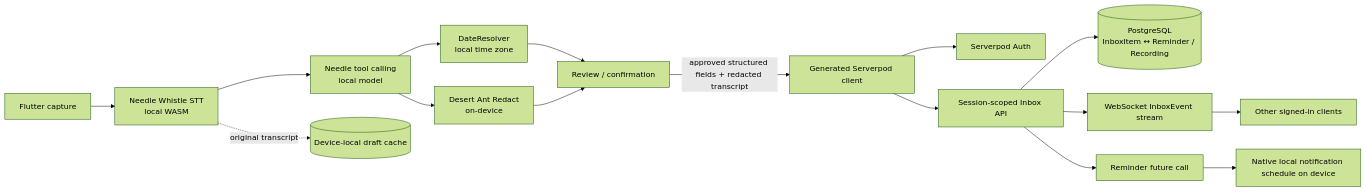
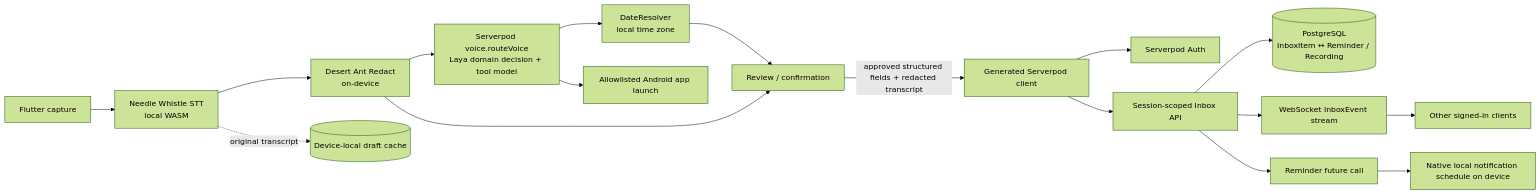
One commit to MdTowfikomer/Triage changed the diagram in README.md. Above: the diagram before and after it, drawn with Mermaid (forest theme). The commit also changed other lines of this file and 43 other files, not shown here.

Commit message:
feat(action-funnel): integrate two-stage Laya+LFM voice action funnel, Android app launcher, and offline fallback

````diff
--- a/README.md
+++ b/README.md
@@ -9,18 +9,19 @@
 ```mermaid
 flowchart LR
   Mic[Flutter capture] --> STT[Needle Whistle STT\nlocal WASM]
-  STT --> Tools[Needle tool calling\nlocal model]
-  Tools --> Date[DateResolver\nlocal time zone]
-  Tools --> Redact[Desert Ant Redact\non-device]
+  STT --> Redact[Desert Ant Redact\non-device]
+  Redact --> Router[Serverpod voice.routeVoice\nLaya domain decision + tool model]
+  Router --> Date[DateResolver\nlocal time zone]
+  Router --> Apps[Allowlisted Android app launch]
   Date --> Review[Review / confirmation]
   Redact --> Review
   Review -->|approved structured fields + redacted transcript| Client[Generated Serverpod client]
   Client --> Auth[Serverpod Auth]
   Client --> Inbox[Session-scoped Inbox API]
   Inbox --> DB[(PostgreSQL\nInboxItem ↔ Reminder / Recording)]
   Inbox --> Stream[WebSocket InboxEvent stream]
   Stream --> Other[Other signed-in clients]
   Inbox --> Future[Reminder future call]
   Future --> Notify[Native local notification schedule on device]
   STT -. original transcript .-> Local[(Device-local draft cache)]
 ```
````
